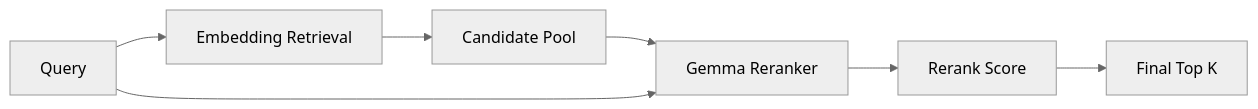
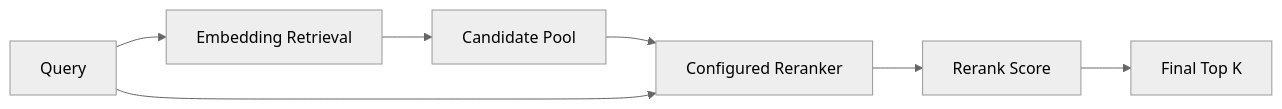
The fifth of 7 diagrams in docs/architecture.md (apinheiro99/rag-mcp), drawn with Mermaid (neutral theme) before and after one commit. The commit also changed other lines of this file and 1 other file, not shown here.

Commit message:
docs: align public architecture with current RAG capabilities

````diff
--- a/docs/architecture.md
+++ b/docs/architecture.md
@@ -298,9 +303,9 @@
 ```mermaid
 flowchart LR
     Q[Query] --> E[Embedding Retrieval]
     E --> CP[Candidate Pool]
-    CP --> RR[Gemma Reranker]
+    CP --> RR[Configured Reranker]
     Q --> RR
     RR --> RS[Rerank Score]
     RS --> FK[Final Top K]
 ```
````
